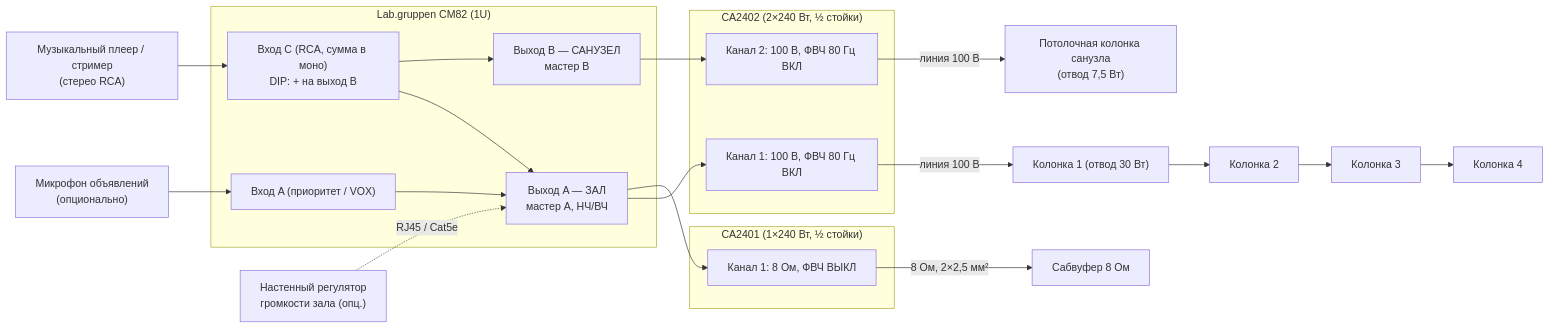
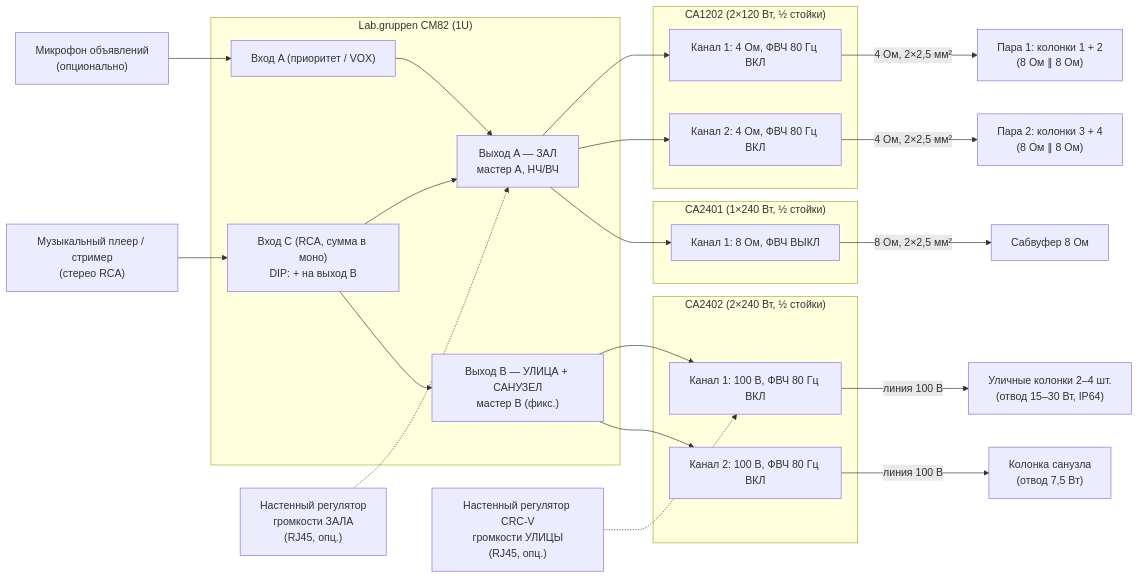
One commit to olegoviccc/teplica changed the diagram in sound/README.md. Above: the diagram before and after it, drawn with Mermaid. The commit also changed other lines of this file and 3 other files, not shown here.

````diff
--- a/sound/README.md
+++ b/sound/README.md
@@ -39,38 +48,48 @@
 ```mermaid
 flowchart LR
     PL["Музыкальный плеер / стример<br/>(стерео RCA)"]
     MIC["Микрофон объявлений<br/>(опционально)"]
-    RC["Настенный регулятор<br/>громкости зала (опц.)"]
+    RCA["Настенный регулятор<br/>громкости ЗАЛА<br/>(RJ45, опц.)"]
+    RCS["Настенный регулятор CRC-V<br/>громкости УЛИЦЫ<br/>(RJ45, опц.)"]
 
     subgraph CM82["Lab.gruppen CM82 (1U)"]
         INC["Вход C (RCA, сумма в моно)<br/>DIP: + на выход B"]
         INA["Вход A (приоритет / VOX)"]
         OA["Выход A — ЗАЛ<br/>мастер A, НЧ/ВЧ"]
-        OB["Выход B — САНУЗЕЛ<br/>мастер B"]
+        OB["Выход B — УЛИЦА + САНУЗЕЛ<br/>мастер B (фикс.)"]
         INC --> OA
         INC --> OB
         INA --> OA
     end
 
     PL --> INC
     MIC --> INA
-    RC -. "RJ45 / Cat5e" .-> OA
+    RCA -.-> OA
 
-    subgraph AMP1["CA2402 (2×240 Вт, ½ стойки)"]
-        A1C1["Канал 1: 100 В, ФВЧ 80 Гц ВКЛ"]
-        A1C2["Канал 2: 100 В, ФВЧ 80 Гц ВКЛ"]
+    subgraph AMP1["CA1202 (2×120 Вт, ½ стойки)"]
+        A1C1["Канал 1: 4 Ом, ФВЧ 80 Гц ВКЛ"]
+        A1C2["Канал 2: 4 Ом, ФВЧ 80 Гц ВКЛ"]
     end
 
     subgraph AMP2["CA2401 (1×240 Вт, ½ стойки)"]
         A2C1["Канал 1: 8 Ом, ФВЧ ВЫКЛ"]
     end
 
+    subgraph AMP3["CA2402 (2×240 Вт, ½ стойки)"]
+        A3C1["Канал 1: 100 В, ФВЧ 80 Гц ВКЛ"]
+        A3C2["Канал 2: 100 В, ФВЧ 80 Гц ВКЛ"]
+    end
+
     OA --> A1C1
+    OA --> A1C2
     OA --> A2C1
-    OB --> A1C2
+    OB --> A3C1
+    OB --> A3C2
+    RCS -.-> A3C1
 
-    A1C1 -- "линия 100 В" --> S1["Колонка 1 (отвод 30 Вт)"]
-    S1 --> S2["Колонка 2"] --> S3["Колонка 3"] --> S4["Колонка 4"]
+    A1C1 -- "4 Ом, 2×2,5 мм²" --> P1["Пара 1: колонки 1 + 2<br/>(8 Ом ∥ 8 Ом)"]
+    A1C2 -- "4 Ом, 2×2,5 мм²" --> P2["Пара 2: колонки 3 + 4<br/>(8 Ом ∥ 8 Ом)"]
     A2C1 -- "8 Ом, 2×2,5 мм²" --> SUB["Сабвуфер 8 Ом"]
-    A1C2 -- "линия 100 В" --> WC["Потолочная колонка санузла<br/>(отвод 7,5 Вт)"]
+    A3C1 -- "линия 100 В" --> ST["Уличные колонки 2–4 шт.<br/>(отвод 15–30 Вт, IP64)"]
+    A3C2 -- "линия 100 В" --> WC["Колонка санузла<br/>(отвод 7,5 Вт)"]
 ```
````
